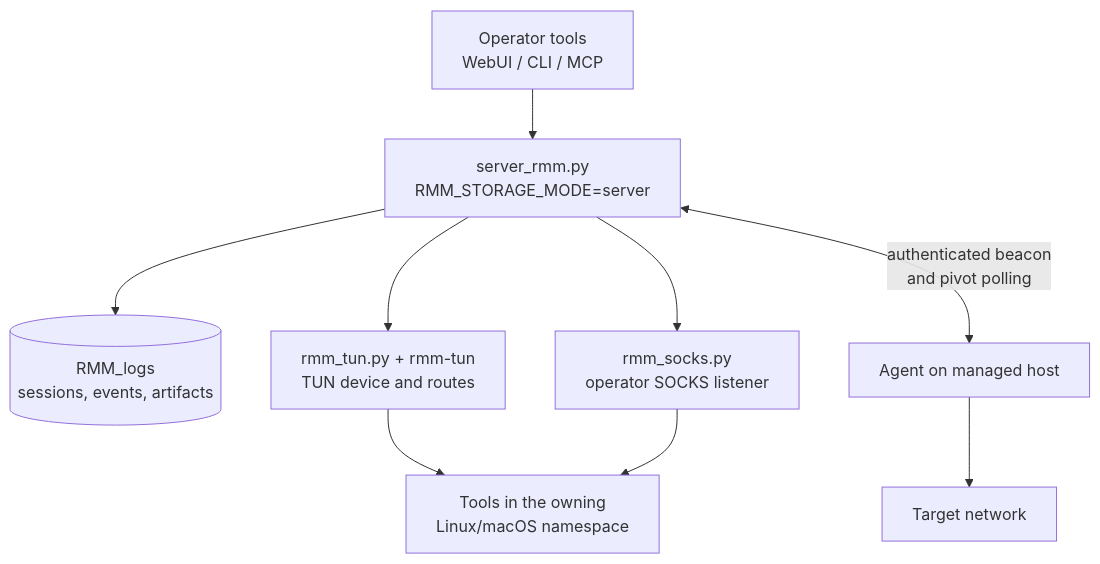
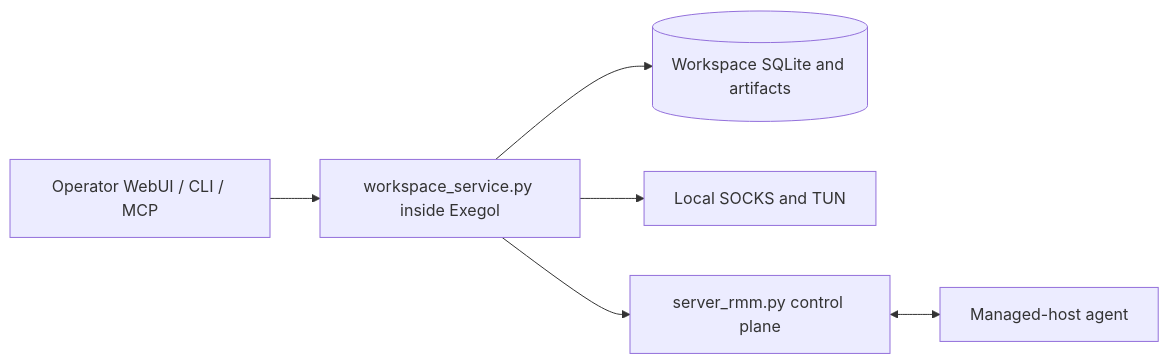
The third of 6 diagrams in docs/architecture.md (CyrilleFranchet/Minimal-RMM), drawn with Mermaid before and after one commit. The commit also changed other lines of this file and 49 other files, not shown here.

Commit message:
Unify operator access through isolated Exegol workspaces

````diff
--- a/docs/architecture.md
+++ b/docs/architecture.md
@@ -102,11 +103,8 @@
 ```mermaid
-flowchart TB
-    tools["Operator tools\nWebUI / CLI / MCP"] --> server["server_rmm.py\nRMM_STORAGE_MODE=server"]
-    server --> logs[("RMM_logs\nsessions, events, artifacts")]
-    server --> socks["rmm_socks.py\noperator SOCKS listener"]
-    server --> tun["rmm_tun.py + rmm-tun\nTUN device and routes"]
-    server <-->|"authenticated beacon\nand pivot polling"| agent["Agent on managed host"]
-    tun --> exegol["Tools in the owning\nLinux/macOS namespace"]
-    socks --> exegol
-    agent --> network["Target network"]
+flowchart LR
+    tools["Operator WebUI / CLI / MCP"] --> workspace["workspace_service.py inside Exegol"]
+    workspace --> data[("Workspace SQLite and artifacts")]
+    workspace --> pivots["Local SOCKS and TUN"]
+    workspace --> server["server_rmm.py control plane"]
+    server <--> agent["Managed-host agent"]
 ```
````
